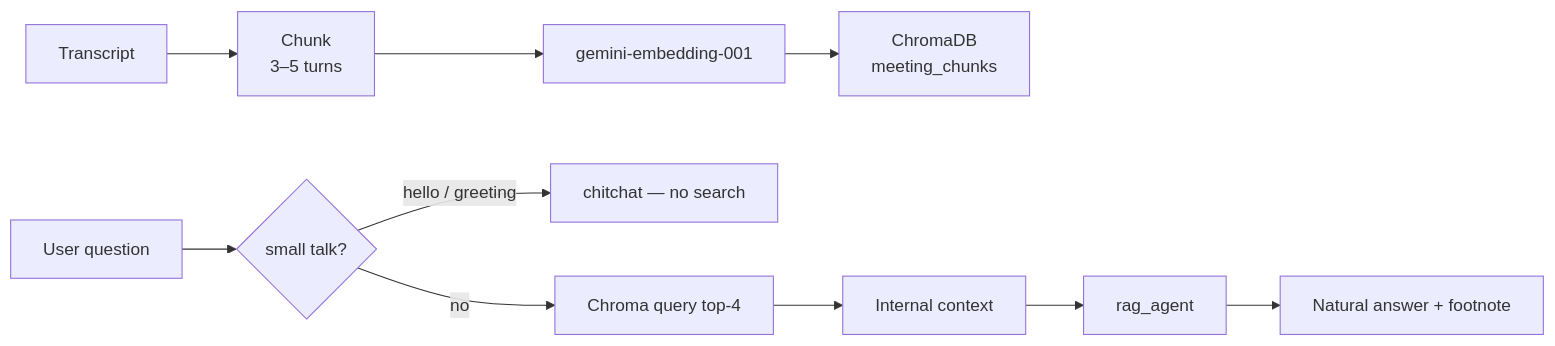
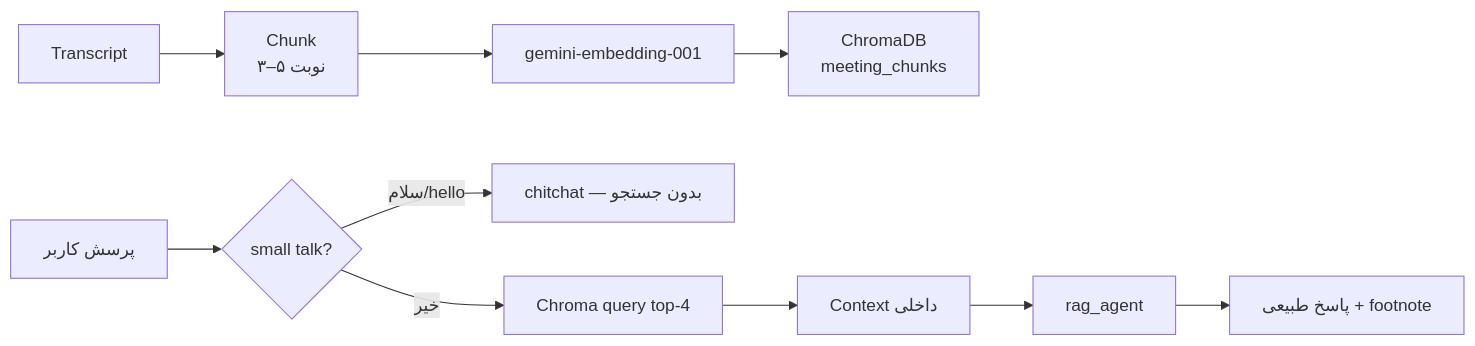
One commit to Rvin-zh/meeting-assistant changed the diagram in docs/diagrams/01-project-overview-2.mmd. Above: the diagram before and after it, drawn with Mermaid. The commit also changed 35 other files, not shown here.

```diff
--- a/docs/diagrams/01-project-overview-2.mmd
+++ b/docs/diagrams/01-project-overview-2.mmd
@@ -1,10 +1,10 @@
 flowchart LR
-    T["Transcript"] --> C["Chunk<br/>3–5 turns"]
+    T["Transcript"] --> C["Chunk<br/>۳–۵ نوبت"]
     C --> E["gemini-embedding-001"]
     E --> V["ChromaDB<br/>meeting_chunks"]
-    Q["User question"] --> ST{"small talk?"}
-    ST -->|hello / greeting| CH["chitchat — no search"]
-    ST -->|no| S["Chroma query top-4"]
-    S --> CTX["Internal context"]
+    Q["پرسش کاربر"] --> ST{"small talk?"}
+    ST -->|سلام/hello| CH["chitchat — بدون جستجو"]
+    ST -->|خیر| S["Chroma query top-4"]
+    S --> CTX["Context داخلی"]
     CTX --> AG["rag_agent"]
-    AG --> A["Natural answer + footnote"]
+    AG --> A["پاسخ طبیعی + footnote"]
```
